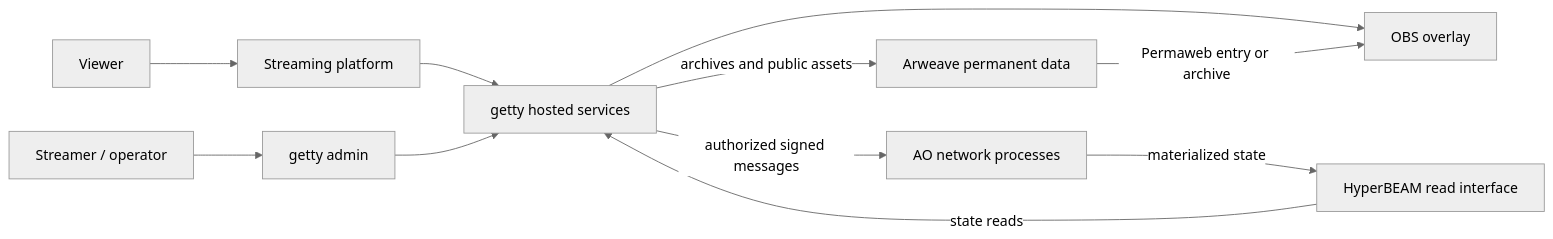
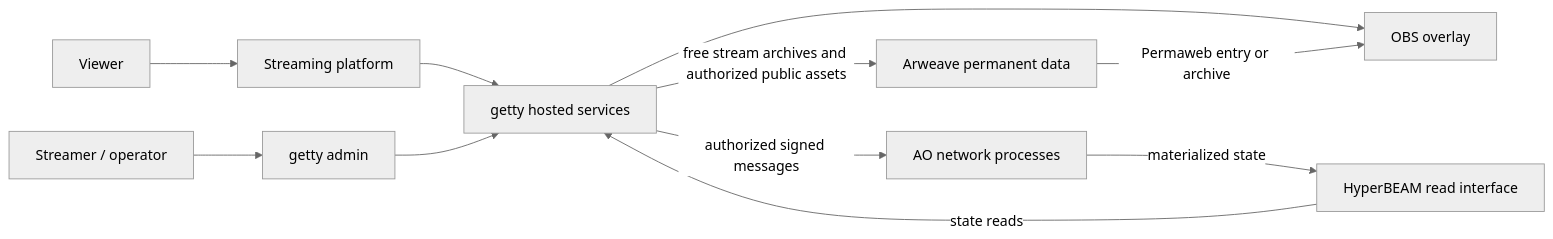
Before and after one commit to lambda-rnd/getty-docs: the diagram in docs/architecture.md, drawn with Mermaid (neutral theme). The commit also changed other lines of this file and 1 other file, not shown here.

````diff
--- a/docs/architecture.md
+++ b/docs/architecture.md
@@ -7,13 +7,13 @@
 ```mermaid
 flowchart LR
     Operator[Streamer / operator] --> Admin[getty admin]
     Viewer[Viewer] --> Platform[Streaming platform]
     Platform --> Hosted[getty hosted services]
     Admin --> Hosted
     Hosted --> Overlay[OBS overlay]
-    Hosted -- archives and public assets --> Arweave[Arweave permanent data]
+    Hosted -- free stream archives and authorized public assets --> Arweave[Arweave permanent data]
     Hosted -- authorized signed messages --> AO[AO network processes]
     AO -- materialized state --> HyperBEAM[HyperBEAM read interface]
     Arweave -- Permaweb entry or archive --> Overlay
     HyperBEAM -- state reads --> Hosted
 ```
````
